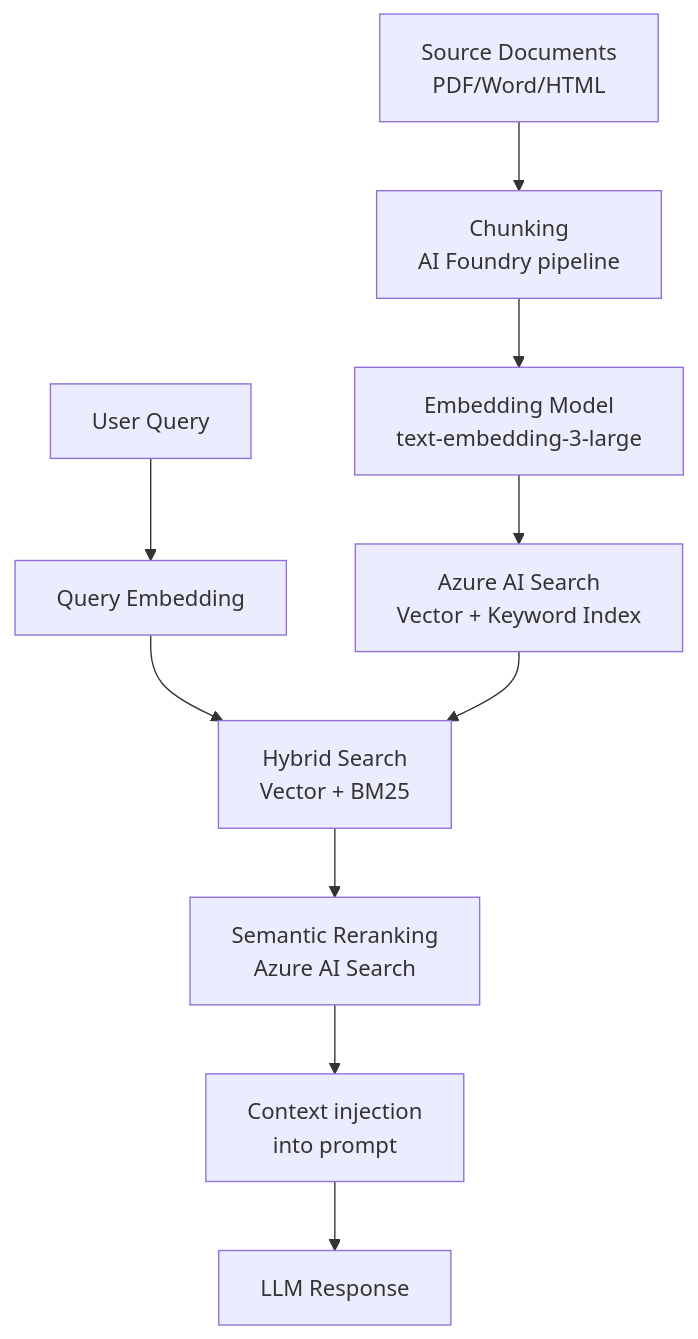
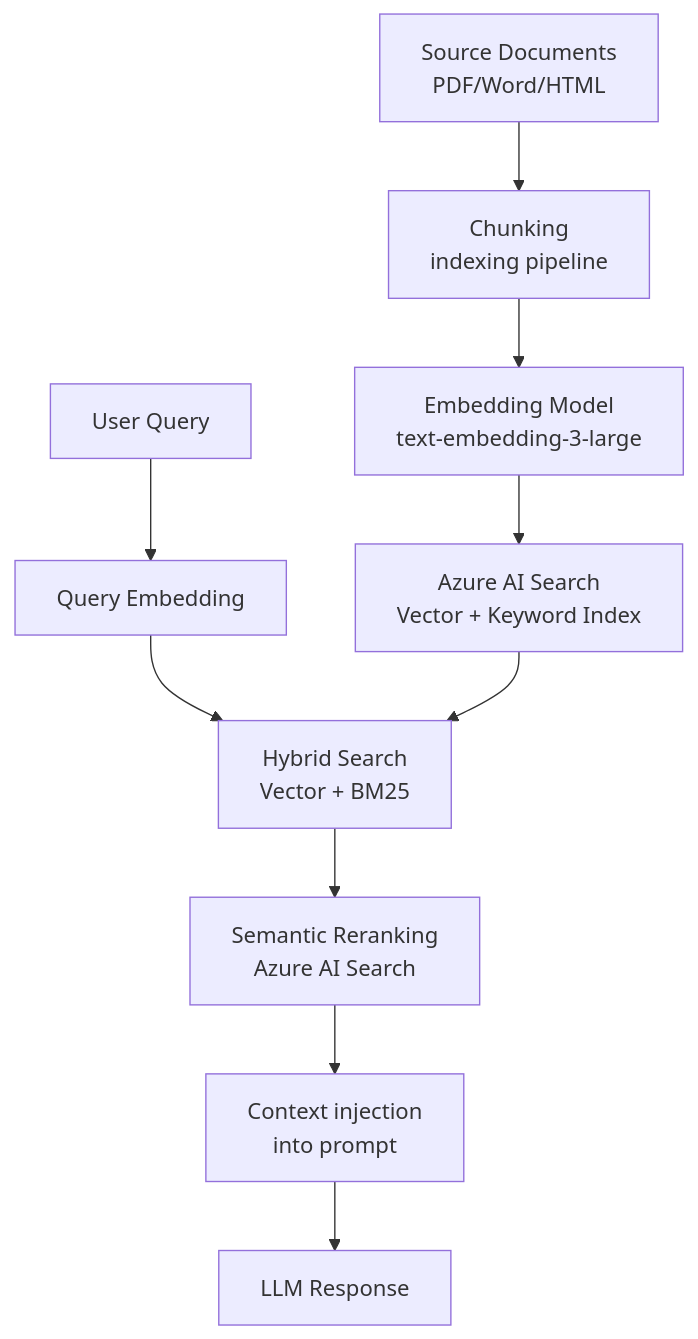
Before and after one commit to ajeetchouksey/ajch_skillup: the fifth of 5 diagrams in content/skillup/ab100/notes/ab100-d2-design-agentic.md, drawn with Mermaid. The commit also changed other lines of this file and 157 other files, not shown here.

````diff
--- a/content/skillup/ab100/notes/ab100-d2-design-agentic.md
+++ b/content/skillup/ab100/notes/ab100-d2-design-agentic.md
@@ -210,13 +263,13 @@
 ```mermaid
 graph TD
-    DOC[Source Documents<br/>PDF/Word/HTML] --> CHUNK[Chunking<br/>AI Foundry pipeline]
+    DOC[Source Documents<br/>PDF/Word/HTML] --> CHUNK[Chunking<br/>indexing pipeline]
     CHUNK --> EMB[Embedding Model<br/>text-embedding-3-large]
     EMB --> IDX[Azure AI Search<br/>Vector + Keyword Index]
     
     Q[User Query] --> QEMB[Query Embedding]
     QEMB --> HYBRIDSEARCH[Hybrid Search<br/>Vector + BM25]
     IDX --> HYBRIDSEARCH
     HYBRIDSEARCH --> RERANK[Semantic Reranking<br/>Azure AI Search]
     RERANK --> CTX2[Context injection<br/>into prompt]
     CTX2 --> LLM[LLM Response]
 ```
````
